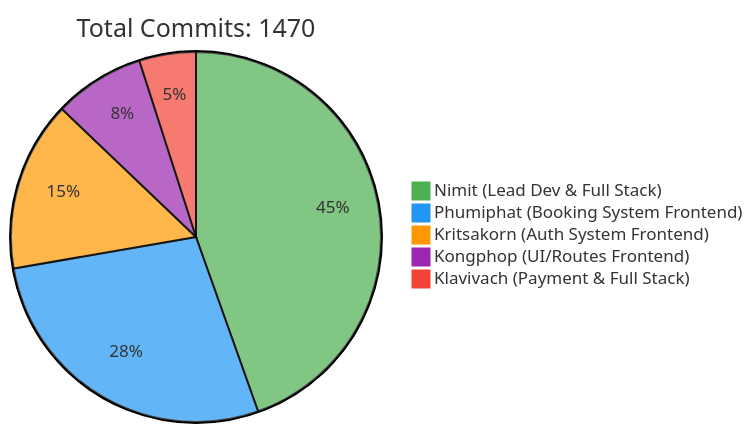
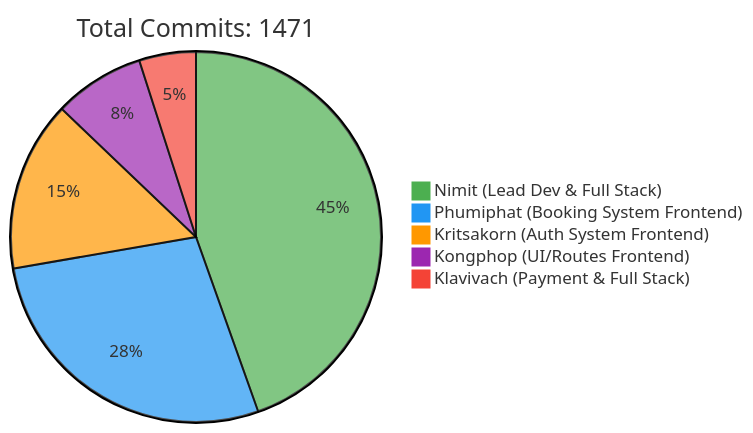
Before and after one commit to 6531503042/Sport-Complex: the first of 2 diagrams in README.md, drawn with Mermaid. The commit also changed other lines of this file, not shown here.

Commit message:
docs: Update contributor statistics [skip ci]

````diff
--- a/README.md
+++ b/README.md
@@ -257,10 +257,10 @@
 ```mermaid
 %%{init: {'theme': 'base', 'themeVariables': { 'pie1': '#4CAF50', 'pie2': '#2196F3', 'pie3': '#FF9800', 'pie4': '#9C27B0', 'pie5': '#F44336'}}}%%
 pie
-    title Total Commits: 1470
+    title Total Commits: 1471
     "Nimit (Lead Dev & Full Stack)" : 450
     "Phumiphat (Booking System Frontend)" : 280
     "Kritsakorn (Auth System Frontend)" : 150
     "Kongphop (UI/Routes Frontend)" : 80
     "Klavivach (Payment & Full Stack)" : 50
 ```
````
